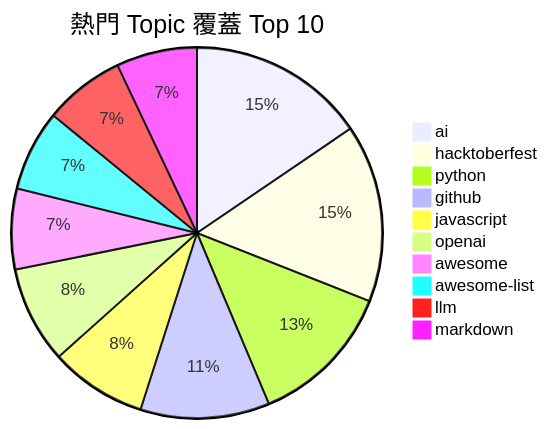
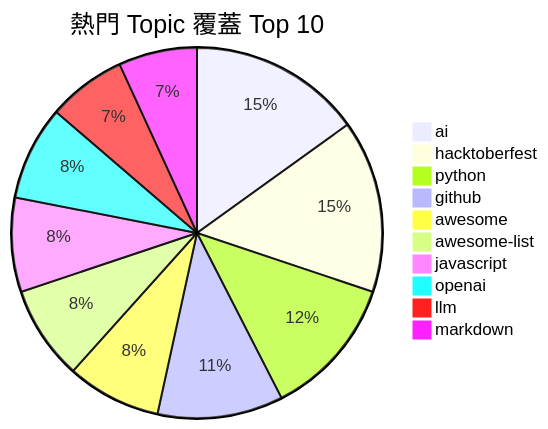
Before and after one commit to Andy87877/GitHub-Star-Manager: the first of 2 diagrams in README.md, drawn with Mermaid. The commit also changed other lines of this file and 3 other files, not shown here.

````diff
--- a/README.md
+++ b/README.md
@@ -11,13 +11,13 @@
 ```mermaid
 pie title 熱門 Topic 覆蓋 Top 10
     "ai" : 11
     "hacktoberfest" : 11
     "python" : 9
     "github" : 8
+    "awesome" : 6
+    "awesome-list" : 6
     "javascript" : 6
     "openai" : 6
-    "awesome" : 5
-    "awesome-list" : 5
     "llm" : 5
     "markdown" : 5
 ```
````
